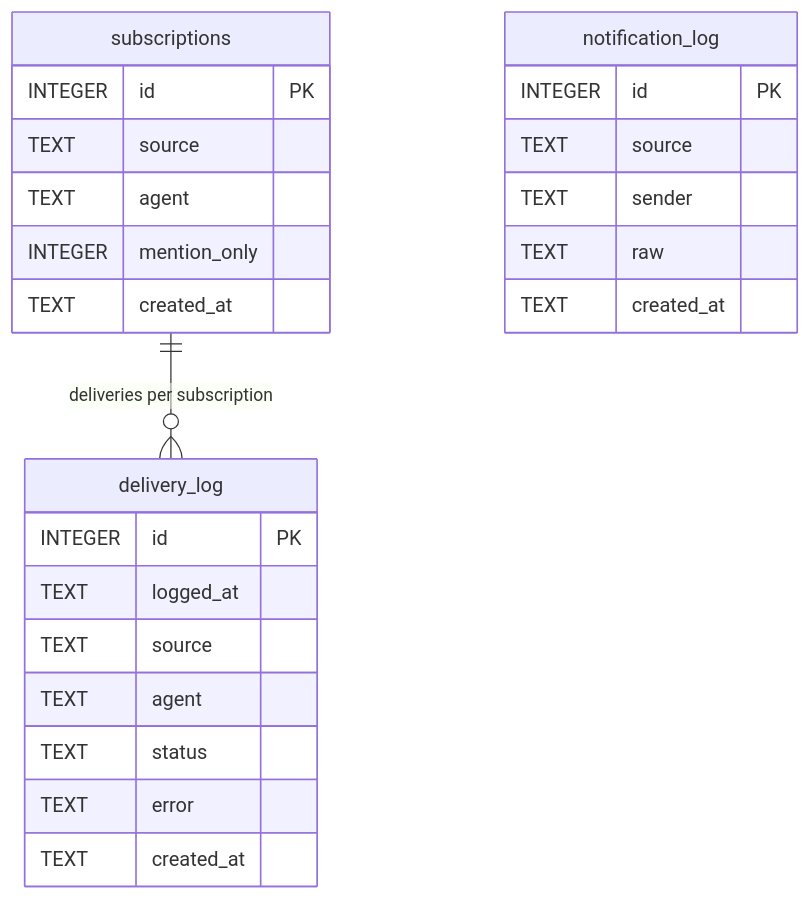
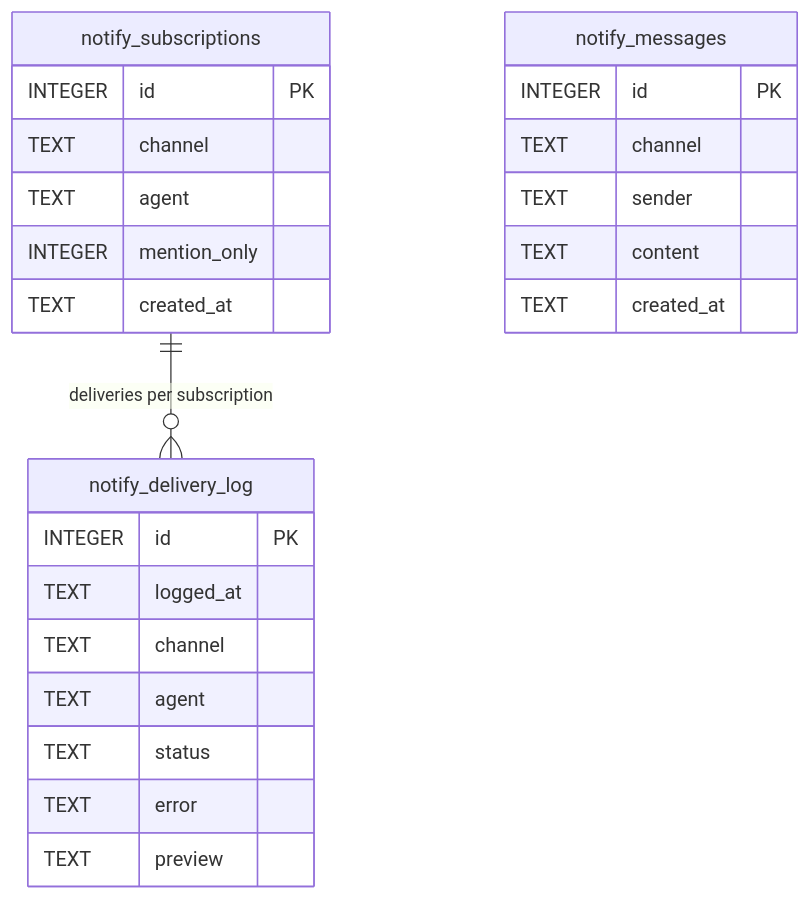
The third of 5 diagrams in docs/architecture/notifications.md (rpuneet/bc), drawn with Mermaid before and after one commit. The commit also changed other lines of this file and 6 other files, not shown here.

````diff
--- a/docs/architecture/notifications.md
+++ b/docs/architecture/notifications.md
@@ -291,30 +291,30 @@
 ```mermaid
 erDiagram
-    subscriptions {
+    notify_subscriptions {
         INTEGER id PK
-        TEXT source
+        TEXT channel
         TEXT agent
         INTEGER mention_only
         TEXT created_at
     }
 
-    notification_log {
+    notify_messages {
         INTEGER id PK
-        TEXT source
+        TEXT channel
         TEXT sender
-        TEXT raw
+        TEXT content
         TEXT created_at
     }
 
-    delivery_log {
+    notify_delivery_log {
         INTEGER id PK
         TEXT logged_at
-        TEXT source
+        TEXT channel
         TEXT agent
         TEXT status
         TEXT error
-        TEXT created_at
+        TEXT preview
     }
 
-    subscriptions ||--o{ delivery_log : "deliveries per subscription"
+    notify_subscriptions ||--o{ notify_delivery_log : "deliveries per subscription"
 ```
````
